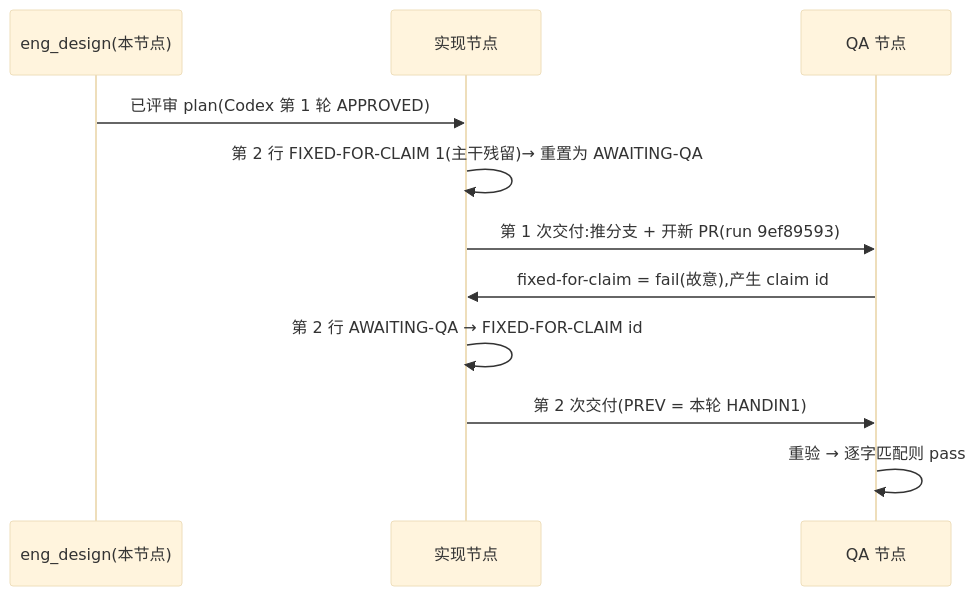
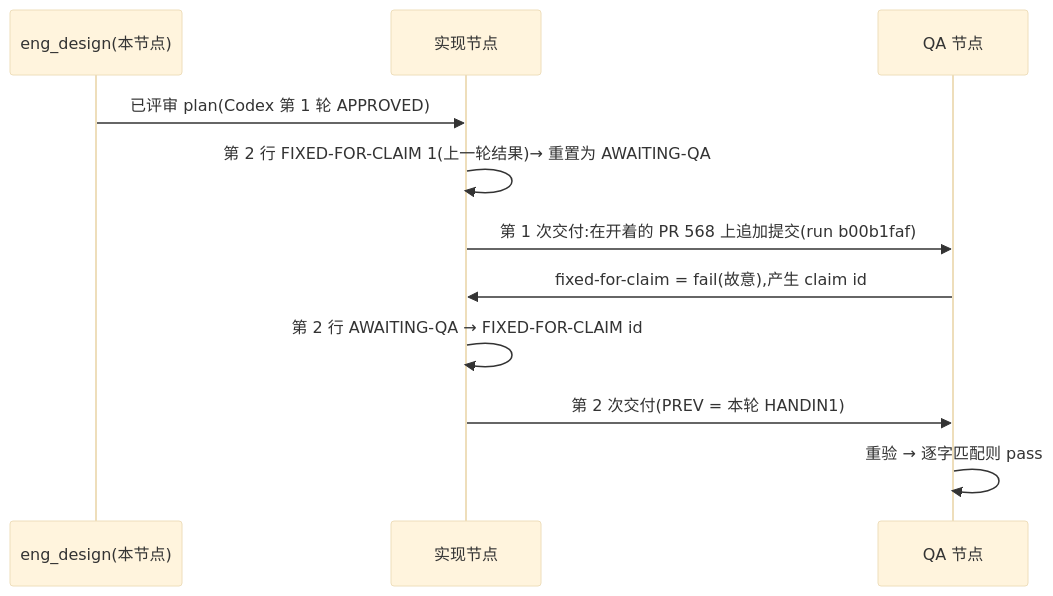
Before and after one commit to xrliAnnie/flywheel-qa-sandbox: the diagram in engineering/doc/FLY-3226-real-runner-drill/d1-core-flow.mmd, drawn with Mermaid (base theme). The commit also changed 7 other files, not shown here.

First line of the commit message:
FLY-3226 QA-SBX FLY-3226 real-runner drill (run b00b1faf) (#568)

```diff
--- a/engineering/doc/FLY-3226-real-runner-drill/d1-core-flow.mmd
+++ b/engineering/doc/FLY-3226-real-runner-drill/d1-core-flow.mmd
@@ -1,11 +1,11 @@
 sequenceDiagram
     participant S as eng_design(本节点)
     participant I as 实现节点
     participant Q as QA 节点
     S->>I: 已评审 plan(Codex 第 1 轮 APPROVED)
-    I->>I: 第 2 行 FIXED-FOR-CLAIM 1(主干残留)→ 重置为 AWAITING-QA
-    I->>Q: 第 1 次交付:推分支 + 开新 PR(run 9ef89593)
+    I->>I: 第 2 行 FIXED-FOR-CLAIM 1(上一轮结果)→ 重置为 AWAITING-QA
+    I->>Q: 第 1 次交付:在开着的 PR 568 上追加提交(run b00b1faf)
     Q->>I: fixed-for-claim = fail(故意),产生 claim id
     I->>I: 第 2 行 AWAITING-QA → FIXED-FOR-CLAIM id
     I->>Q: 第 2 次交付(PREV = 本轮 HANDIN1)
     Q->>Q: 重验 → 逐字匹配则 pass
```
